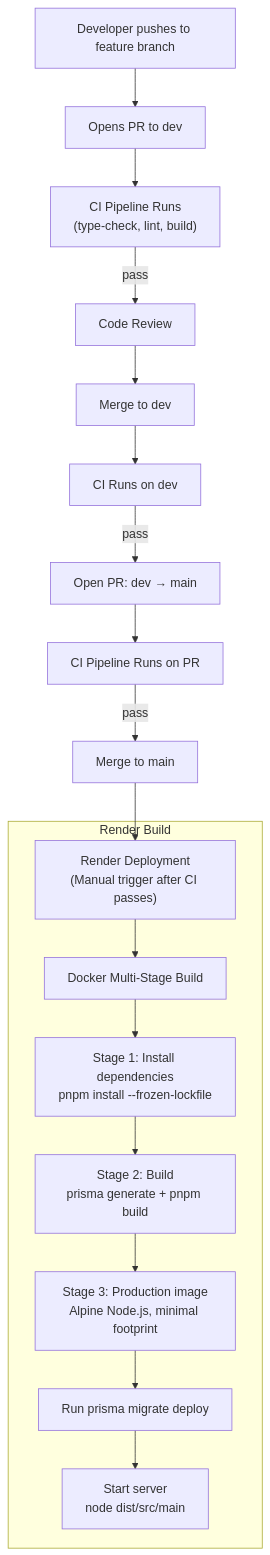
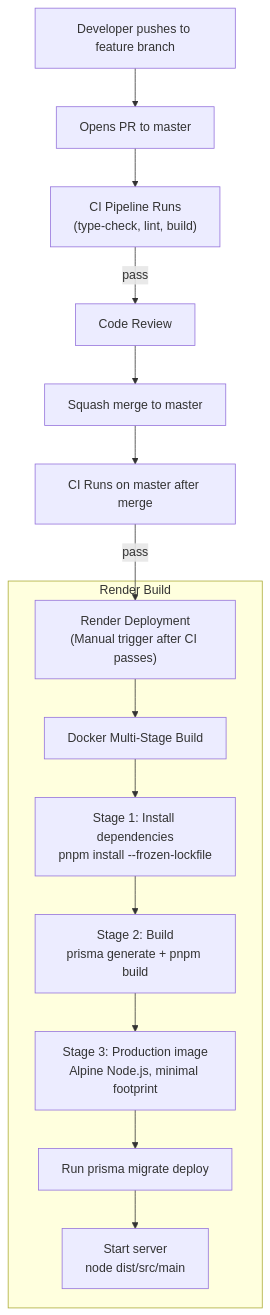
Before and after one commit to xuzuxing/beaconix: the tenth of 10 diagrams in README.md, drawn with Mermaid. The commit also changed other lines of this file and 12 other files, not shown here.

````diff
--- a/README.md
+++ b/README.md
@@ -850,25 +845,20 @@
 ```mermaid
 graph TD
     DEV["Developer pushes to feature branch"]
-    DEV --> PR["Opens PR to dev"]
+    DEV --> PR["Opens PR to master"]
     PR --> CI["CI Pipeline Runs<br/>(type-check, lint, build)"]
     CI -->|pass| REVIEW["Code Review"]
-    REVIEW --> MERGE_DEV["Merge to dev"]
+    REVIEW --> MERGE["Squash merge to master"]
 
-    MERGE_DEV --> CI2["CI Runs on dev"]
-    CI2 -->|pass| PR_MAIN["Open PR: dev → main"]
-
-    PR_MAIN --> CI3["CI Pipeline Runs on PR"]
-    CI3 -->|pass| MERGE_MAIN["Merge to main"]
-
-    MERGE_MAIN --> RENDER["Render Deployment<br/>(Manual trigger after CI passes)"]
+    MERGE --> CI2["CI Runs on master after merge"]
+    CI2 -->|pass| RENDER["Render Deployment<br/>(Manual trigger after CI passes)"]
 
     subgraph "Render Build"
         RENDER --> DOCKER["Docker Multi-Stage Build"]
         DOCKER --> DEPS["Stage 1: Install dependencies<br/>pnpm install --frozen-lockfile"]
         DEPS --> BUILD["Stage 2: Build<br/>prisma generate + pnpm build"]
         BUILD --> PROD["Stage 3: Production image<br/>Alpine Node.js, minimal footprint"]
         PROD --> MIGRATE["Run prisma migrate deploy"]
         MIGRATE --> START["Start server<br/>node dist/src/main"]
     end
 ```
````
